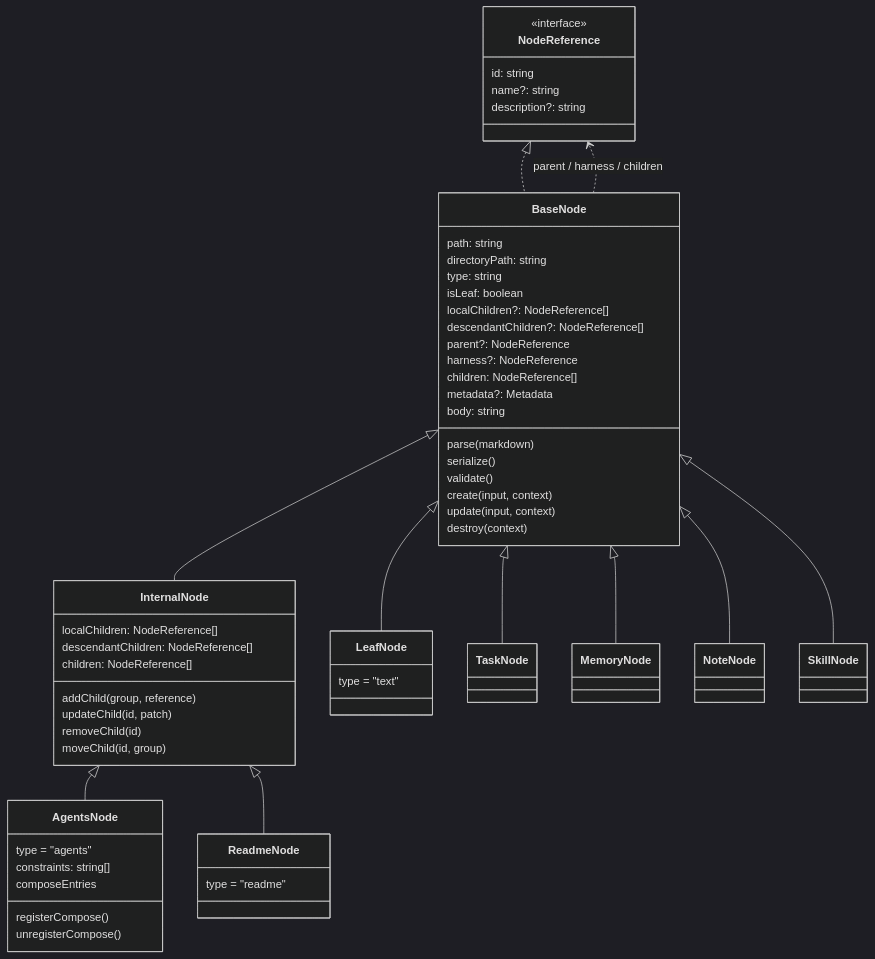
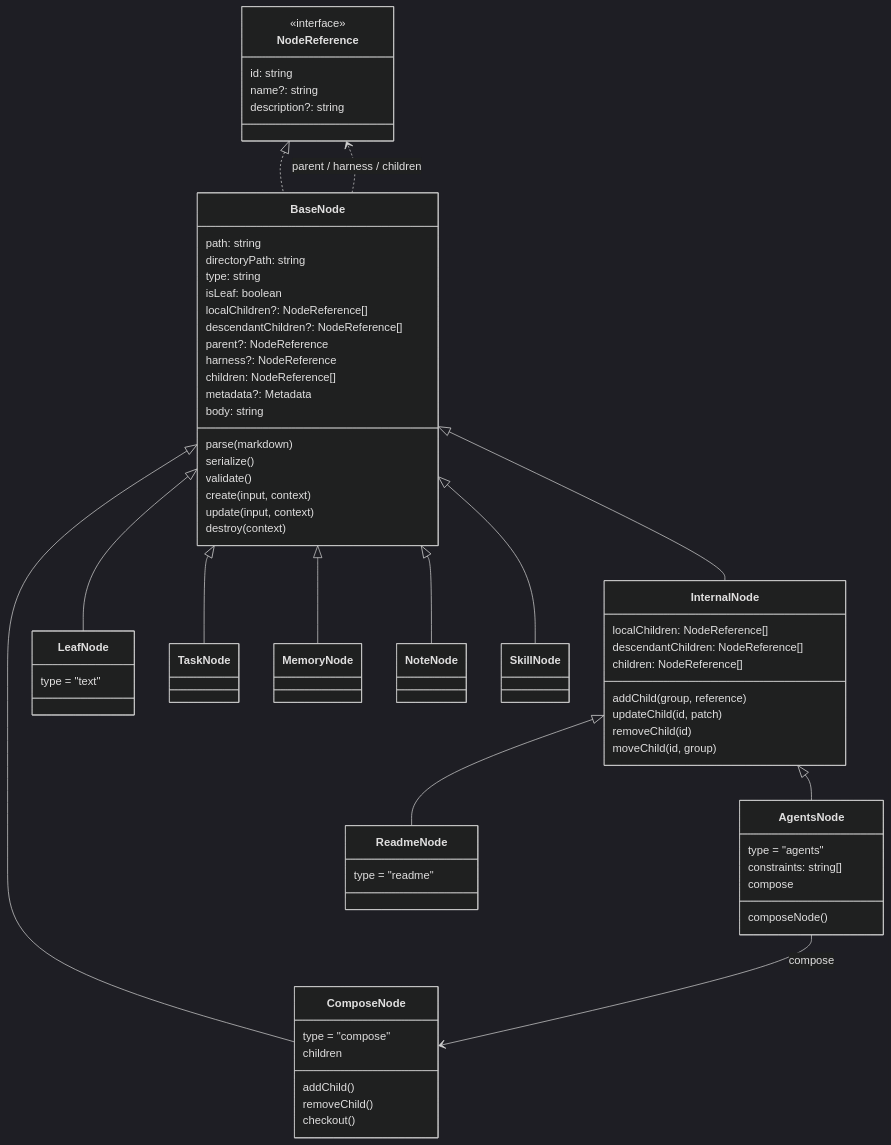
One commit to VirusPC/edges-brain-viruspc changed the second of 6 diagrams in extensions/cli/src/domain/models/README.md. Above: the diagram before and after it, drawn with Mermaid (dark theme). The commit also changed other lines of this file and 31 other files, not shown here.

First line of the commit message:
feat: ComposeNode 与 --with-composed

````diff
--- a/extensions/cli/src/domain/models/README.md
+++ b/extensions/cli/src/domain/models/README.md
@@ -47,60 +47,68 @@
 ```mermaid
 classDiagram
     class NodeReference {
         <<interface>>
         id: string
         name?: string
         description?: string
     }
     class BaseNode {
         path: string
         directoryPath: string
         type: string
         isLeaf: boolean
         localChildren?: NodeReference[]
         descendantChildren?: NodeReference[]
         parent?: NodeReference
         harness?: NodeReference
         children: NodeReference[]
         metadata?: Metadata
         body: string
         parse(markdown)
         serialize()
         validate()
         create(input, context)
         update(input, context)
         destroy(context)
     }
     class InternalNode {
         localChildren: NodeReference[]
         descendantChildren: NodeReference[]
         children: NodeReference[]
         addChild(group, reference)
         updateChild(id, patch)
         removeChild(id)
         moveChild(id, group)
     }
     class LeafNode {
         type = "text"
     }
     class AgentsNode {
         type = "agents"
         constraints: string[]
-        composeEntries
-        registerCompose()
-        unregisterCompose()
+        composeNode()
+        compose
+    }
+    class ComposeNode {
+        type = "compose"
+        children
+        addChild()
+        removeChild()
+        checkout()
     }
     class ReadmeNode {
         type = "readme"
     }
     NodeReference <|.. BaseNode
     BaseNode <|-- InternalNode
     BaseNode <|-- LeafNode
     BaseNode <|-- TaskNode
     BaseNode <|-- MemoryNode
     BaseNode <|-- NoteNode
     BaseNode <|-- SkillNode
     InternalNode <|-- AgentsNode
     InternalNode <|-- ReadmeNode
+    BaseNode <|-- ComposeNode
+    AgentsNode --> ComposeNode : compose
     BaseNode ..> NodeReference : parent / harness / children
 ```
````
